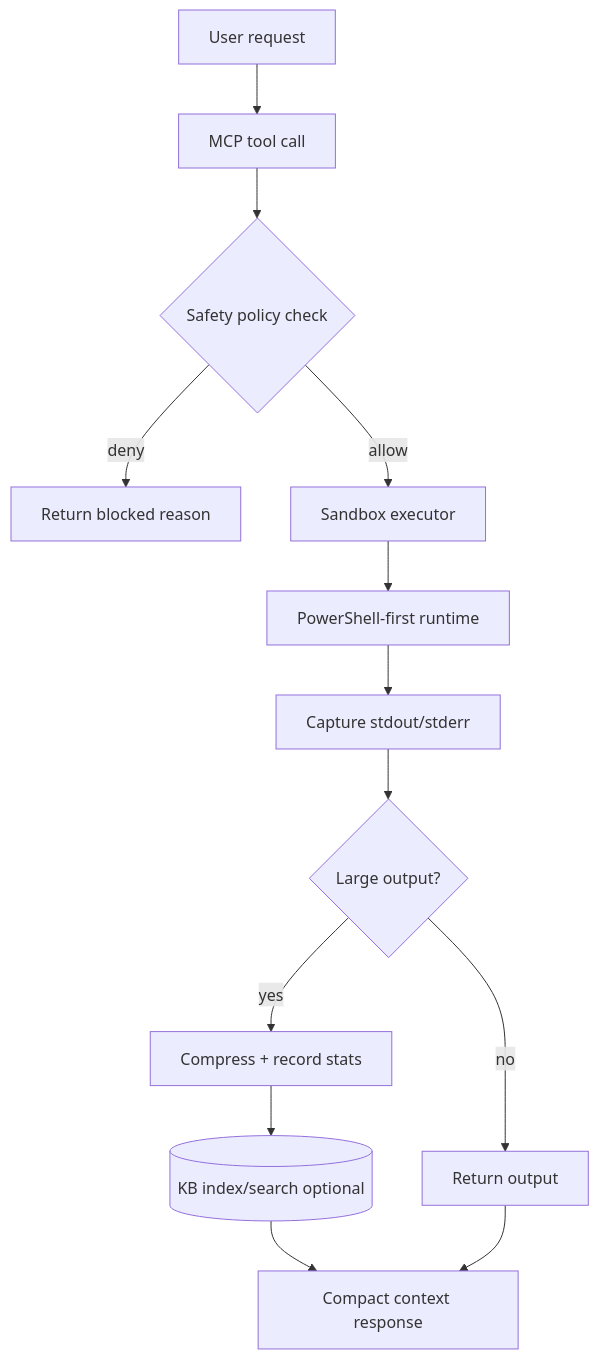
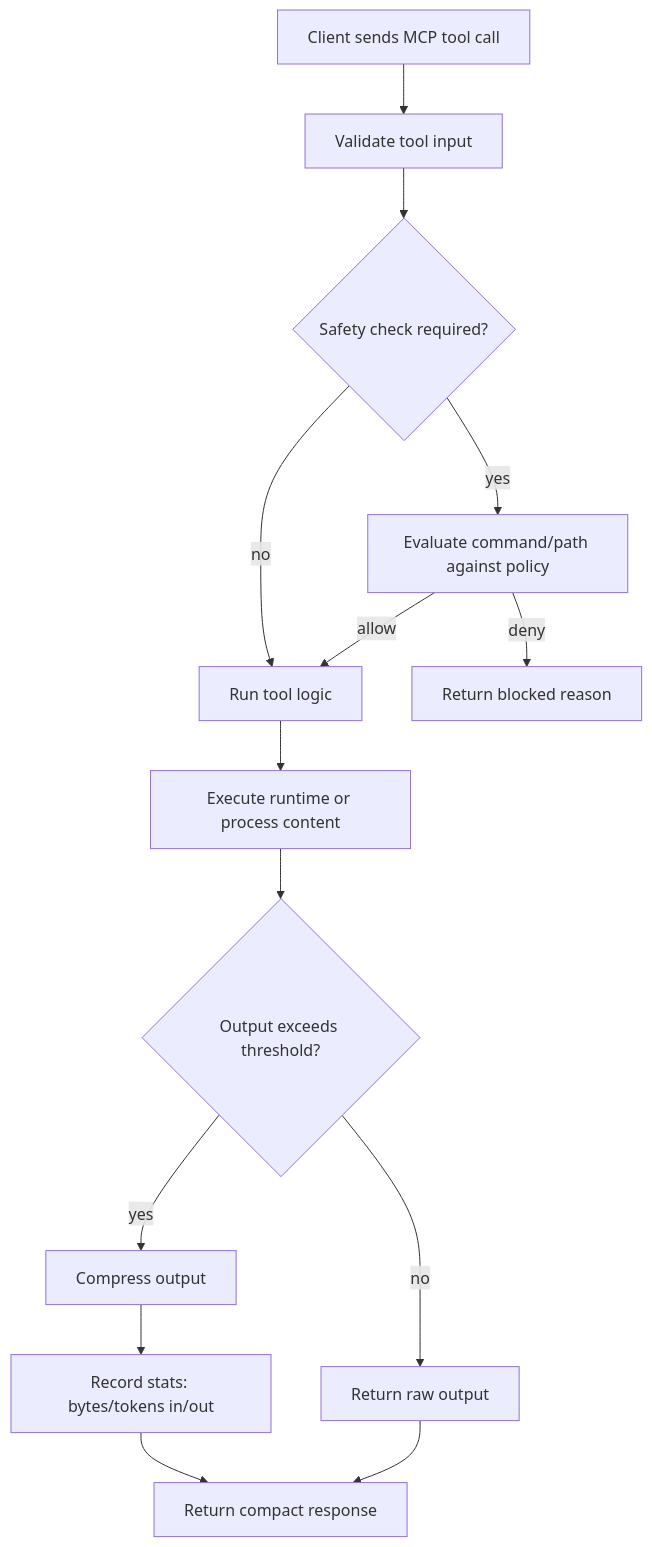
The first of 2 diagrams in howitworks.md (kasupsri/context-mode-universal), drawn with Mermaid before and after one commit. The commit also changed other lines of this file and 39 other files, not shown here.

````diff
--- a/howitworks.md
+++ b/howitworks.md
@@ -5,15 +5,16 @@
 ```mermaid
 flowchart TD
-    A[User request] --> B[MCP tool call]
-    B --> C{Safety policy check}
-    C -->|deny| D[Return blocked reason]
-    C -->|allow| E[Sandbox executor]
-    E --> F[PowerShell-first runtime]
-    F --> G[Capture stdout/stderr]
-    G --> H{Large output?}
-    H -->|yes| I[Compress + record stats]
-    H -->|no| J[Return output]
-    I --> K[(KB index/search optional)]
-    K --> L[Compact context response]
+    A[Client sends MCP tool call] --> B[Validate tool input]
+    B --> C{Safety check required?}
+    C -->|yes| D[Evaluate command/path against policy]
+    C -->|no| E[Run tool logic]
+    D -->|deny| F[Return blocked reason]
+    D -->|allow| E
+    E --> G[Execute runtime or process content]
+    G --> H{Output exceeds threshold?}
+    H -->|yes| I[Compress output]
+    H -->|no| J[Return raw output]
+    I --> K[Record stats: bytes/tokens in/out]
+    K --> L[Return compact response]
     J --> L
 ```
````
